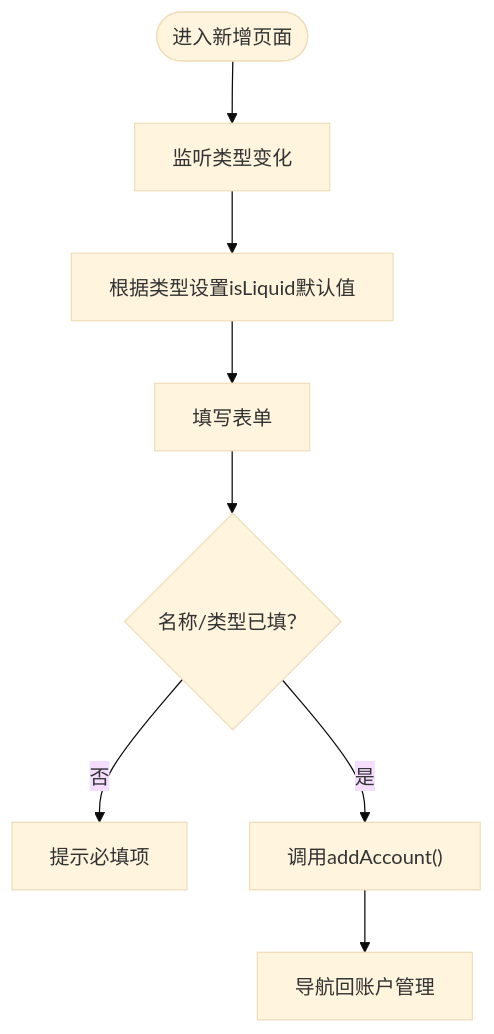
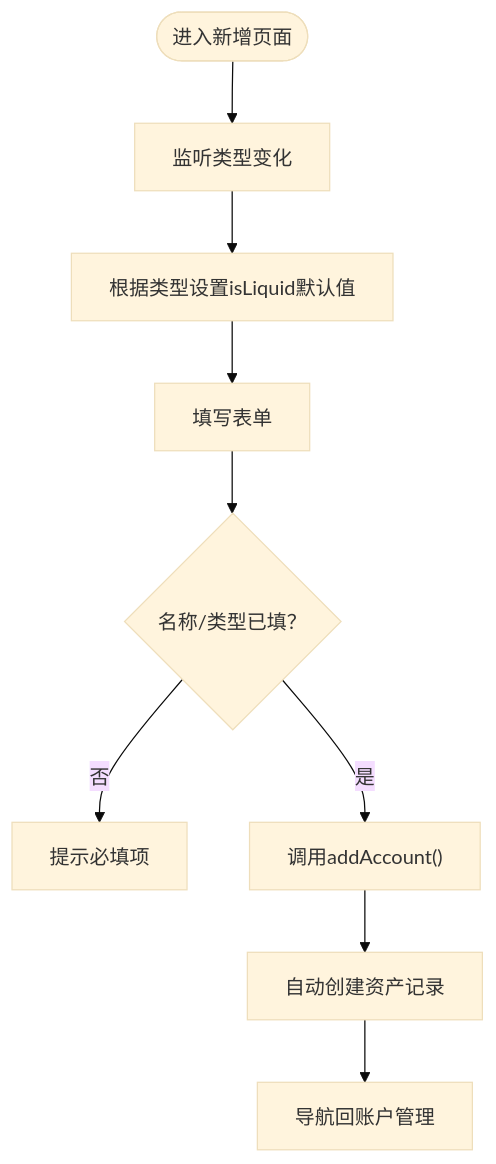
The sixth of 12 diagrams in .qoder/repowiki/zh/content/账户管理/账户管理.md (xiao-lin-unit/yuan), drawn with Mermaid (base theme) before and after one commit. The commit also changed other lines of this file and 17 other files, not shown here.

````diff
--- a/.qoder/repowiki/zh/content/账户管理/账户管理.md
+++ b/.qoder/repowiki/zh/content/账户管理/账户管理.md
@@ -233,10 +259,11 @@
 ```mermaid
 flowchart TD
 Enter(["进入新增页面"]) --> TypeWatch["监听类型变化"]
 TypeWatch --> SetLiquid["根据类型设置isLiquid默认值"]
 SetLiquid --> Input["填写表单"]
 Input --> Validate{"名称/类型已填？"}
 Validate -- 否 --> Alert["提示必填项"]
 Validate -- 是 --> Submit["调用addAccount()"]
-Submit --> Done["导航回账户管理"]
+Submit --> AutoAsset["自动创建资产记录"]
+AutoAsset --> Done["导航回账户管理"]
 ```
````
